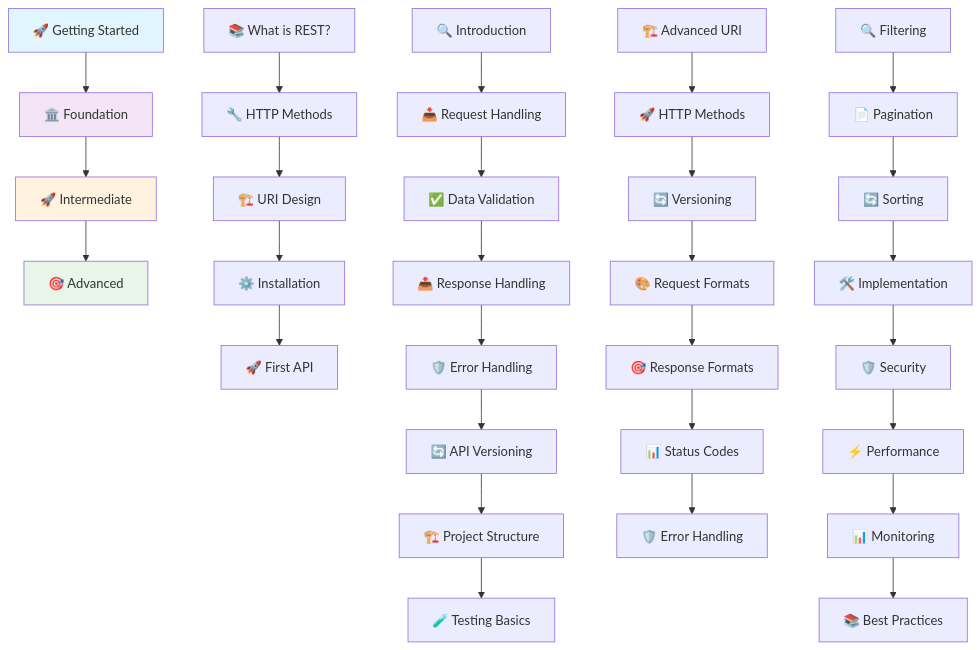
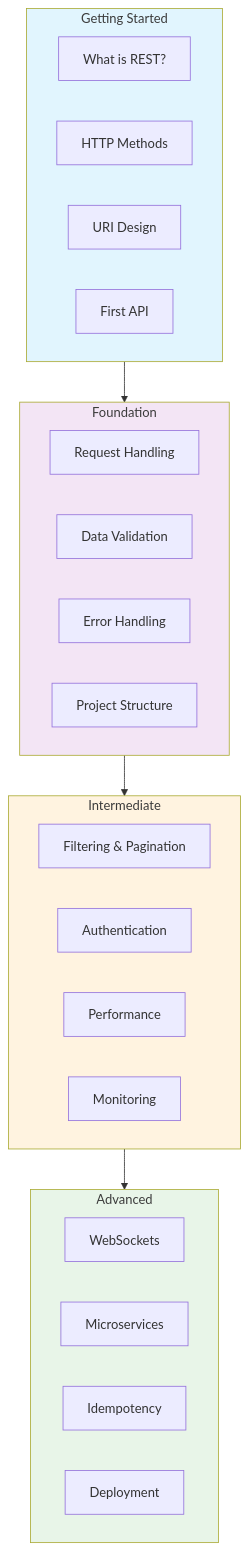
The diagram in README.md (ridwanspace/restful-fastapi-guideline), drawn with Mermaid before and after one commit. The commit also changed other lines of this file and 4 other files, not shown here.

````diff
--- a/README.md
+++ b/README.md
@@ -57,39 +59,39 @@
 ```mermaid
 graph TD
     A[🚀 Getting Started] --> B[🏛️ Foundation]
     B --> C[🚀 Intermediate]
-    C --> D[🎯 Advanced]
-    
-    A1[📚 What is REST?] --> A2[🔧 HTTP Methods]
-    A2 --> A3[🏗️ URI Design]
-    A3 --> A4[⚙️ Installation]
-    A4 --> A5[🚀 First API]
-    
-    B1[🔍 Introduction] --> B2[📥 Request Handling]
-    B2 --> B3[✅ Data Validation]
-    B3 --> B4[📤 Response Handling]
-    B4 --> B5[🛡️ Error Handling]
-    B5 --> B6[🔄 API Versioning]
-    B6 --> B7[🏗️ Project Structure]
-    B7 --> B8[🧪 Testing Basics]
-    
-    C1[🏗️ Advanced URI] --> C2[🚀 HTTP Methods]
-    C2 --> C3[🔄 Versioning]
-    C3 --> C4[🎨 Request Formats]
-    C4 --> C5[🎯 Response Formats]
-    C5 --> C6[📊 Status Codes]
-    C6 --> C7[🛡️ Error Handling]
-    
-    D1[🔍 Filtering] --> D2[📄 Pagination]
-    D2 --> D3[🔄 Sorting]
-    D3 --> D4[🛠️ Implementation]
-    D4 --> D5[🛡️ Security]
-    D5 --> D6[⚡ Performance]
-    D6 --> D7[📊 Monitoring]
-    D7 --> D8[📚 Best Practices]
-    
-    style A fill:#e1f5fe
-    style B fill:#f3e5f5
-    style C fill:#fff3e0
-    style D fill:#e8f5e8
+    C --> D[🏢 Advanced]
+
+    subgraph A [Getting Started]
+        A1[What is REST?]
+        A2[HTTP Methods]
+        A3[URI Design]
+        A4[First API]
+    end
+
+    subgraph B [Foundation]
+        B1[Request Handling]
+        B2[Data Validation]
+        B3[Error Handling]
+        B4[Project Structure]
+    end
+
+    subgraph C [Intermediate]
+        C1[Filtering & Pagination]
+        C2[Authentication]
+        C3[Performance]
+        C4[Monitoring]
+    end
+
+    subgraph D [Advanced]
+        D1[WebSockets]
+        D2[Microservices]
+        D3[Idempotency]
+        D4[Deployment]
+    end
+
+    style A fill:#e1f5fe,color:#3b3b3b
+    style B fill:#f3e5f5,color:#3b3b3b
+    style C fill:#fff3e0,color:#3b3b3b
+    style D fill:#e8f5e8,color:#3b3b3b
 ```
````
